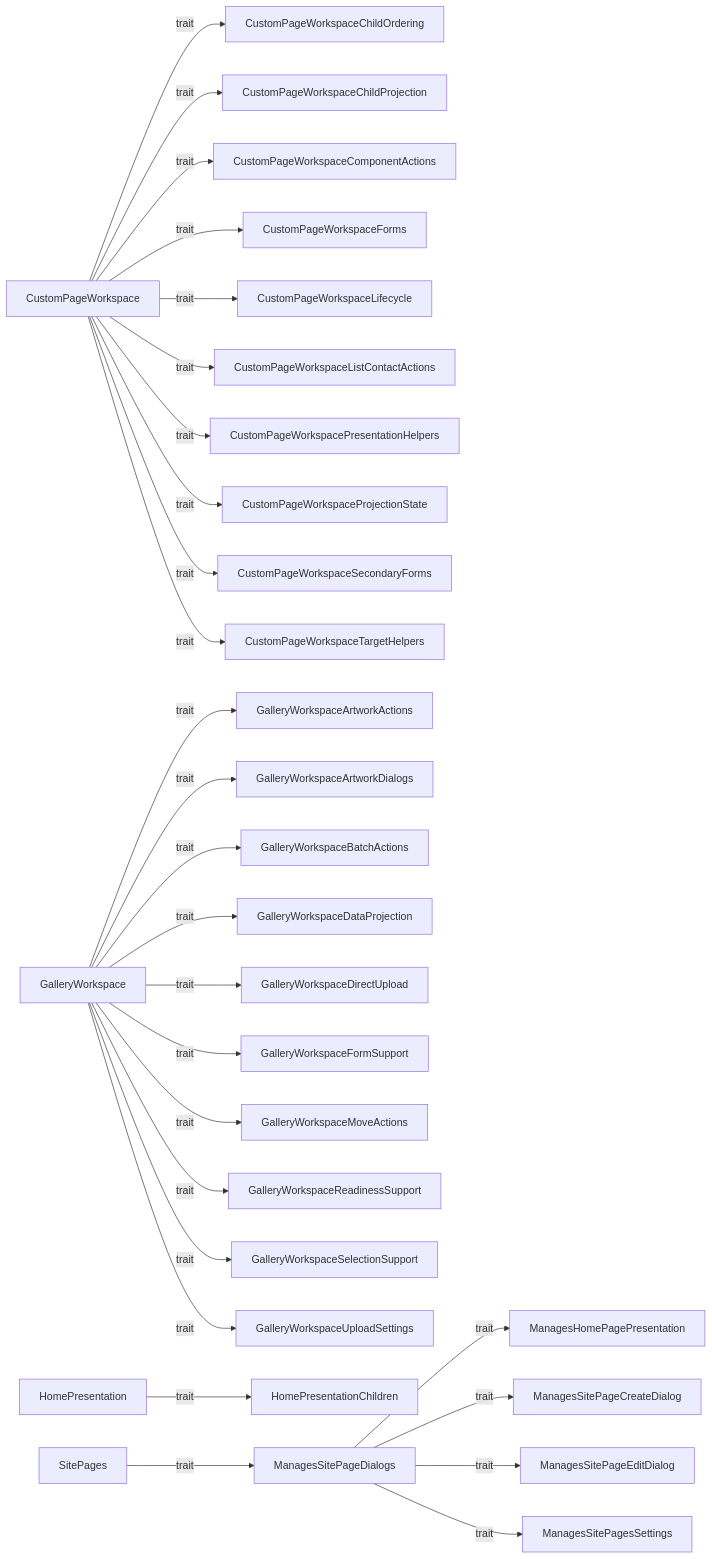
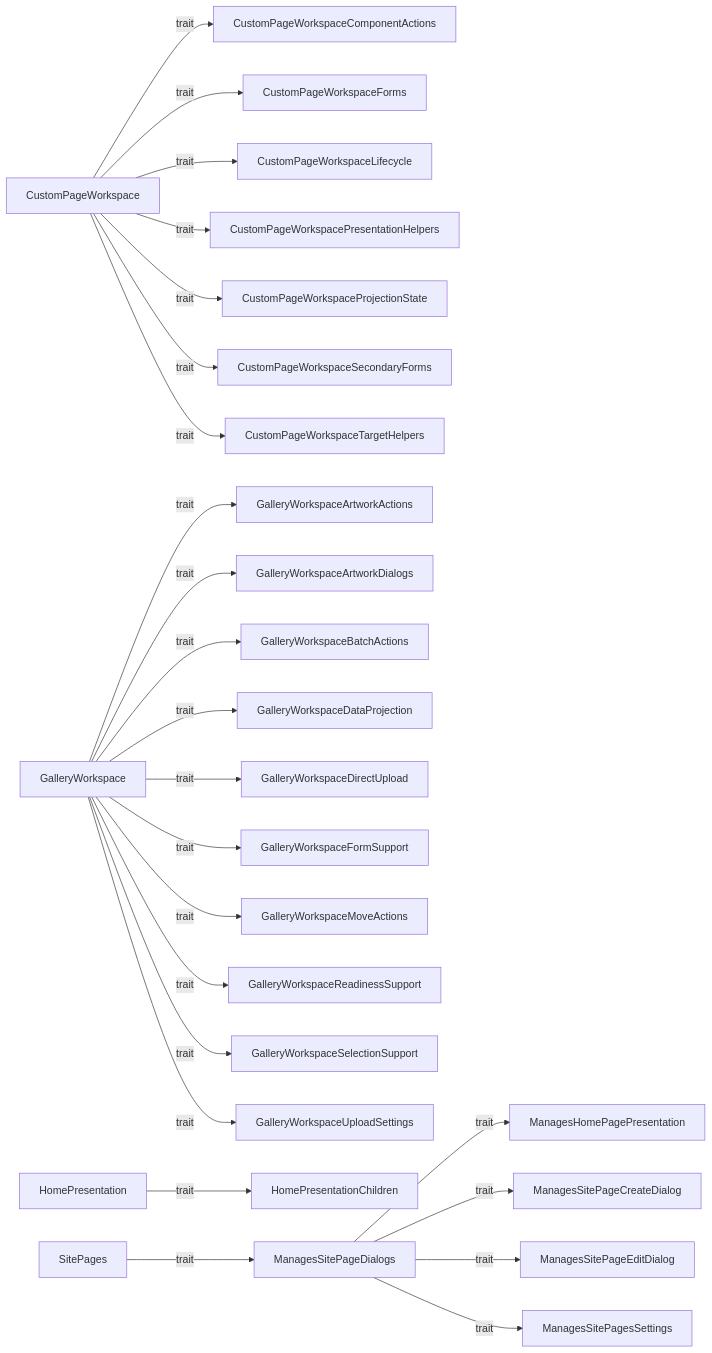
Before and after one commit to Wiiii90/moeller-lars: the diagram in docs/architecture/generated/ui-composition.mmd, drawn with Mermaid. The commit also changed 21 other files, not shown here.

Commit message:
docs: verify native architecture artifacts and close source workstream

```diff
--- a/docs/architecture/generated/ui-composition.mmd
+++ b/docs/architecture/generated/ui-composition.mmd
@@ -1,58 +1,52 @@
 %% Direct Page/Concern -> Concern trait use; not HTTP or runtime call paths.
 flowchart LR
     U1["CustomPageWorkspace"]
-    U2["CustomPageWorkspaceChildOrdering"]
-    U3["CustomPageWorkspaceChildProjection"]
-    U4["CustomPageWorkspaceComponentActions"]
-    U5["CustomPageWorkspaceForms"]
-    U6["CustomPageWorkspaceLifecycle"]
-    U7["CustomPageWorkspaceListContactActions"]
-    U8["CustomPageWorkspacePresentationHelpers"]
-    U9["CustomPageWorkspaceProjectionState"]
-    U10["CustomPageWorkspaceSecondaryForms"]
-    U11["CustomPageWorkspaceTargetHelpers"]
-    U12["GalleryWorkspace"]
-    U13["GalleryWorkspaceArtworkActions"]
-    U14["GalleryWorkspaceArtworkDialogs"]
-    U15["GalleryWorkspaceBatchActions"]
-    U16["GalleryWorkspaceDataProjection"]
-    U17["GalleryWorkspaceDirectUpload"]
-    U18["GalleryWorkspaceFormSupport"]
-    U19["GalleryWorkspaceMoveActions"]
-    U20["GalleryWorkspaceReadinessSupport"]
-    U21["GalleryWorkspaceSelectionSupport"]
-    U22["GalleryWorkspaceUploadSettings"]
-    U23["HomePresentation"]
-    U24["HomePresentationChildren"]
-    U25["ManagesHomePagePresentation"]
-    U26["ManagesSitePageCreateDialog"]
-    U27["ManagesSitePageDialogs"]
-    U28["ManagesSitePageEditDialog"]
-    U29["ManagesSitePagesSettings"]
-    U30["SitePages"]
+    U2["CustomPageWorkspaceComponentActions"]
+    U3["CustomPageWorkspaceForms"]
+    U4["CustomPageWorkspaceLifecycle"]
+    U5["CustomPageWorkspacePresentationHelpers"]
+    U6["CustomPageWorkspaceProjectionState"]
+    U7["CustomPageWorkspaceSecondaryForms"]
+    U8["CustomPageWorkspaceTargetHelpers"]
+    U9["GalleryWorkspace"]
+    U10["GalleryWorkspaceArtworkActions"]
+    U11["GalleryWorkspaceArtworkDialogs"]
+    U12["GalleryWorkspaceBatchActions"]
+    U13["GalleryWorkspaceDataProjection"]
+    U14["GalleryWorkspaceDirectUpload"]
+    U15["GalleryWorkspaceFormSupport"]
+    U16["GalleryWorkspaceMoveActions"]
+    U17["GalleryWorkspaceReadinessSupport"]
+    U18["GalleryWorkspaceSelectionSupport"]
+    U19["GalleryWorkspaceUploadSettings"]
+    U20["HomePresentation"]
+    U21["HomePresentationChildren"]
+    U22["ManagesHomePagePresentation"]
+    U23["ManagesSitePageCreateDialog"]
+    U24["ManagesSitePageDialogs"]
+    U25["ManagesSitePageEditDialog"]
+    U26["ManagesSitePagesSettings"]
+    U27["SitePages"]
     U1 -->|trait| U2
     U1 -->|trait| U3
     U1 -->|trait| U4
     U1 -->|trait| U5
     U1 -->|trait| U6
     U1 -->|trait| U7
     U1 -->|trait| U8
-    U1 -->|trait| U9
-    U1 -->|trait| U10
-    U1 -->|trait| U11
-    U12 -->|trait| U13
-    U12 -->|trait| U14
-    U12 -->|trait| U15
-    U12 -->|trait| U16
-    U12 -->|trait| U17
-    U12 -->|trait| U18
-    U12 -->|trait| U19
-    U12 -->|trait| U20
-    U12 -->|trait| U21
-    U12 -->|trait| U22
-    U23 -->|trait| U24
-    U27 -->|trait| U25
-    U27 -->|trait| U26
-    U27 -->|trait| U28
-    U27 -->|trait| U29
-    U30 -->|trait| U27
+    U9 -->|trait| U10
+    U9 -->|trait| U11
+    U9 -->|trait| U12
+    U9 -->|trait| U13
+    U9 -->|trait| U14
+    U9 -->|trait| U15
+    U9 -->|trait| U16
+    U9 -->|trait| U17
+    U9 -->|trait| U18
+    U9 -->|trait| U19
+    U20 -->|trait| U21
+    U24 -->|trait| U22
+    U24 -->|trait| U23
+    U24 -->|trait| U25
+    U24 -->|trait| U26
+    U27 -->|trait| U24
```
